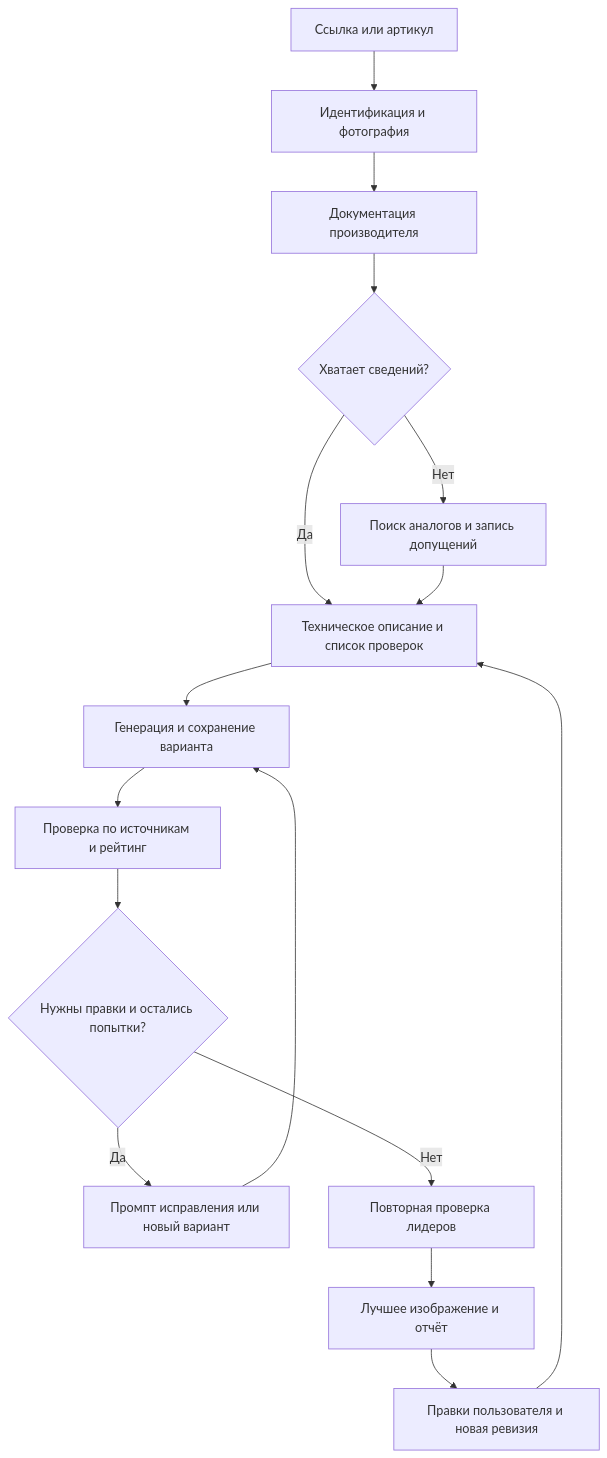
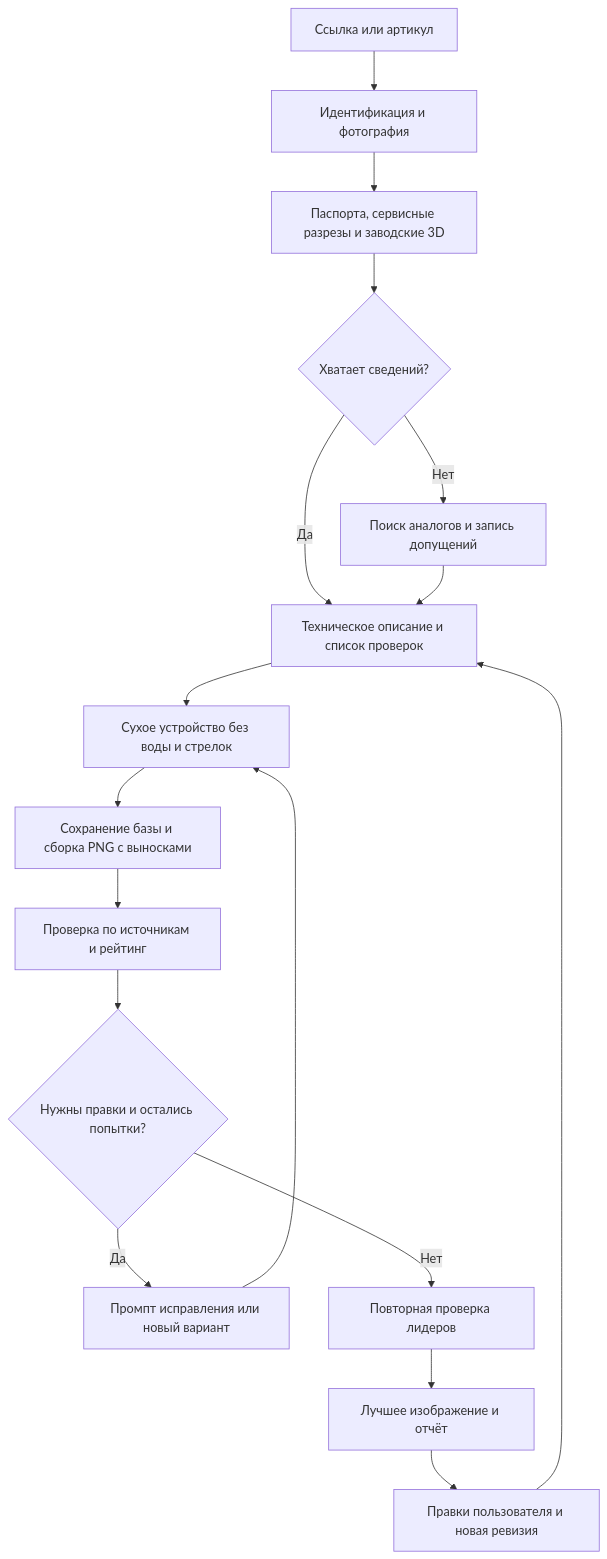
The diagram in README.md (C555HC/plumbing-detailing-), drawn with Mermaid before and after one commit. The commit also changed other lines of this file and 105 other files, not shown here.

````diff
--- a/README.md
+++ b/README.md
@@ -29,18 +30,19 @@
 ```mermaid
 flowchart TD
     A[Ссылка или артикул] --> B[Идентификация и фотография]
-    B --> C[Документация производителя]
+    B --> C[Паспорта, сервисные разрезы и заводские 3D]
     C --> D{Хватает сведений?}
     D -->|Нет| E[Поиск аналогов и запись допущений]
     D -->|Да| F[Техническое описание и список проверок]
     E --> F
-    F --> G[Генерация и сохранение варианта]
-    G --> H[Проверка по источникам и рейтинг]
+    F --> G[Сухое устройство без воды и стрелок]
+    G --> N[Сохранение базы и сборка PNG с выносками]
+    N --> H[Проверка по источникам и рейтинг]
     H --> I{Нужны правки и остались попытки?}
     I -->|Да| J[Промпт исправления или новый вариант]
     J --> G
     I -->|Нет| K[Повторная проверка лидеров]
     K --> L[Лучшее изображение и отчёт]
     L --> M[Правки пользователя и новая ревизия]
     M --> F
 ```
````
